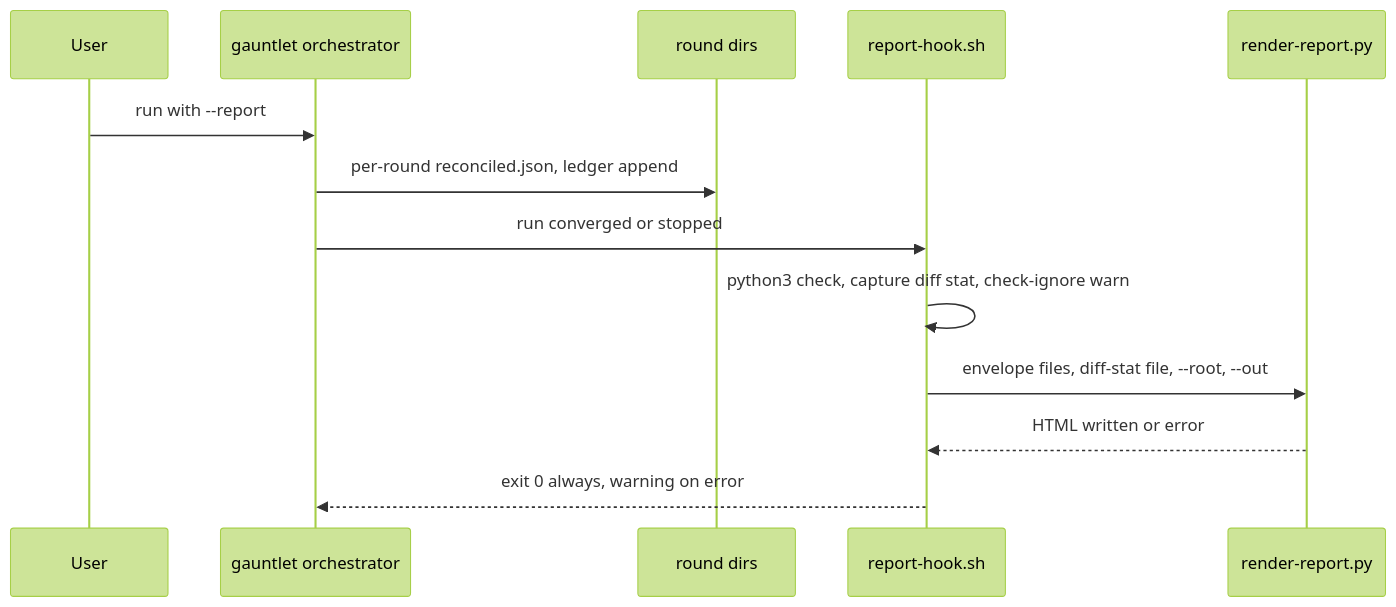
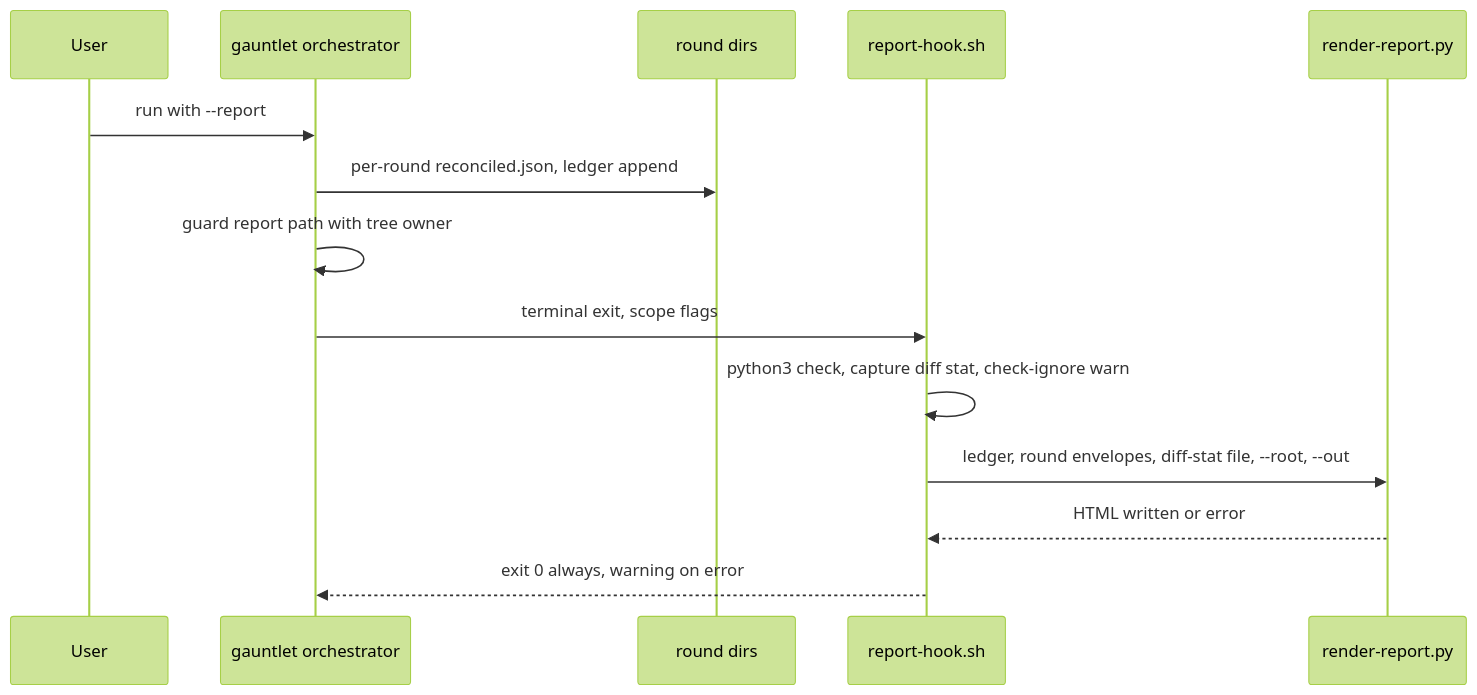
Before and after one commit to vr000m/skein: the second of 3 diagrams in docs/dev_plans/20261008-feature-review-output-formats.md, drawn with Mermaid (forest theme). The commit also changed other lines of this file, not shown here.

Commit message:
docs: fold review round 3 findings into review-output-formats plan

````diff
--- a/docs/dev_plans/20261008-feature-review-output-formats.md
+++ b/docs/dev_plans/20261008-feature-review-output-formats.md
@@ -166,15 +178,16 @@
 ```mermaid
 sequenceDiagram
     participant U as User
     participant G as gauntlet orchestrator
     participant RD as round dirs
     participant H as report-hook.sh
     participant R as render-report.py
     U->>G: run with --report
     G->>RD: per-round reconciled.json, ledger append
-    G->>H: run converged or stopped
+    G->>G: guard report path with tree owner
+    G->>H: terminal exit, scope flags
     H->>H: python3 check, capture diff stat, check-ignore warn
-    H->>R: envelope files, diff-stat file, --root, --out
+    H->>R: ledger, round envelopes, diff-stat file, --root, --out
     R-->>H: HTML written or error
     H-->>G: exit 0 always, warning on error
 ```
````
